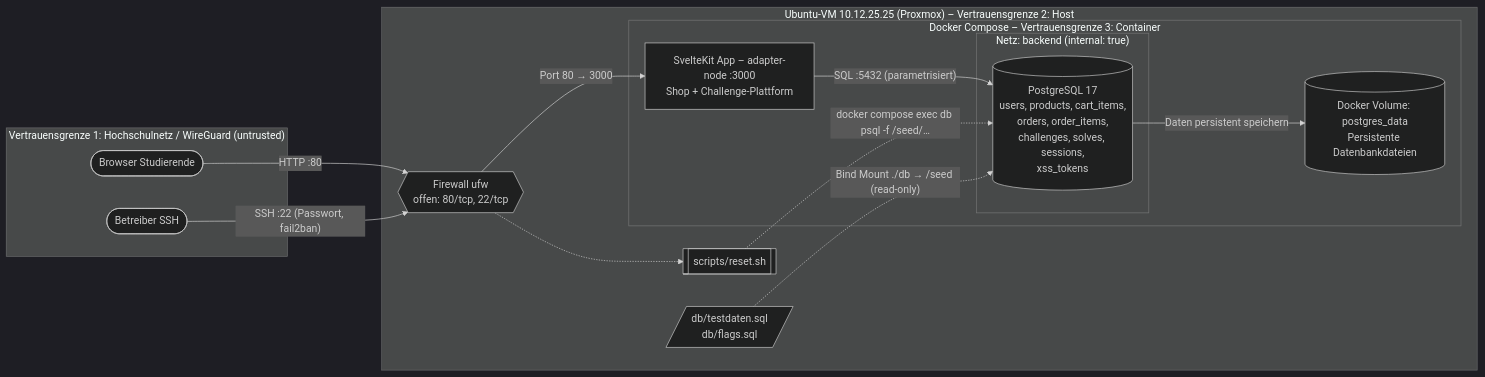
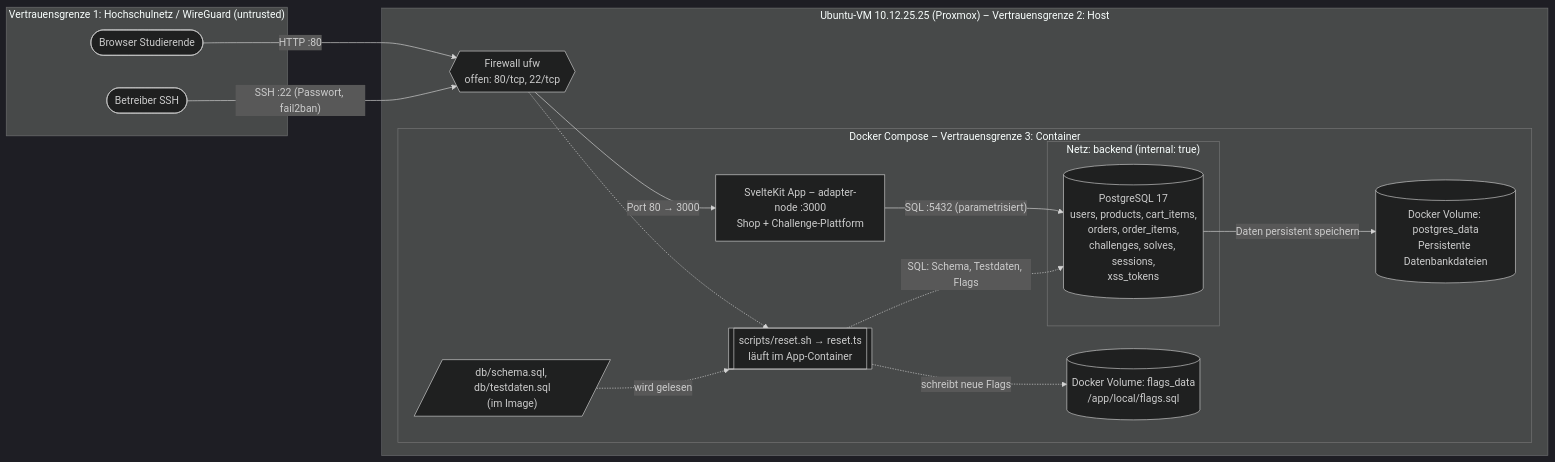
Before and after one commit to p4trickweiss/hcw-ssd-sudo-shop: the diagram in Planung.md, drawn with Mermaid (dark theme). The commit also changed other lines of this file and 1 other file, not shown here.

````diff
--- a/Planung.md
+++ b/Planung.md
@@ -134,32 +134,34 @@
 ```mermaid
 flowchart LR
     subgraph TB0["Vertrauensgrenze 1: Hochschulnetz / WireGuard (untrusted)"]
         user([Browser Studierende])
         op([Betreiber SSH])
     end
 
     subgraph VM["Ubuntu-VM 10.12.25.25 (Proxmox) – Vertrauensgrenze 2: Host"]
         ufw{{"Firewall ufw<br/>offen: 80/tcp, 22/tcp"}}
-        reset[[scripts/reset.sh]]
-        seed[/"db/testdaten.sql<br/>db/flags.sql"/]
 
         subgraph DOCKER["Docker Compose – Vertrauensgrenze 3: Container"]
-            app["SvelteKit App – adapter-node :3000<br/>Shop + Challenge-Plattform"]
+            app["SvelteKit App – adapter-node :3000<br/>Shop + Challenge-Plattform<br/>"]
+            reset[[scripts/reset.sh → reset.ts<br/>läuft im App-Container]]
+            seed[/"db/schema.sql, db/testdaten.sql<br/>(im Image)"/]
+            flags[("Docker Volume: flags_data<br/>/app/local/flags.sql")]
 
             subgraph BE["Netz: backend (internal: true)"]
                 db[("PostgreSQL 17<br/>users, products, cart_items,<br/>orders, order_items,<br/>challenges, solves, sessions,<br/>xss_tokens")]
             end
 
             volume[("Docker Volume: postgres_data<br/>Persistente Datenbankdateien")]
         end
     end
 
     user -- "HTTP :80" --> ufw
     ufw -- "Port 80 → 3000" --> app
     app -- "SQL :5432 (parametrisiert)" --> db
     db -- "Daten persistent speichern" --> volume
     op -- "SSH :22 (Passwort, fail2ban)" --> ufw
     ufw -.-> reset
-    reset -. "docker compose exec db psql -f /seed/…" .-> db
-    seed -. "Bind Mount ./db → /seed (read-only)" .-> db
+    seed -. "wird gelesen" .-> reset
+    reset -. "SQL: Schema, Testdaten, Flags" .-> db
+    reset -. "schreibt neue Flags" .-> flags
 ```
````
